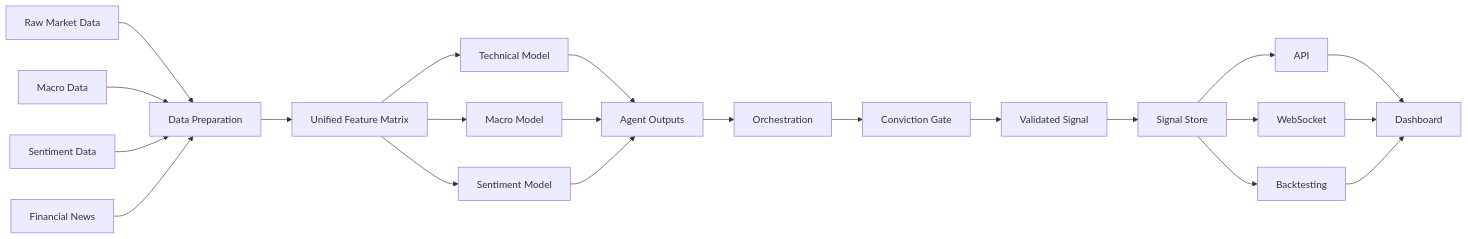
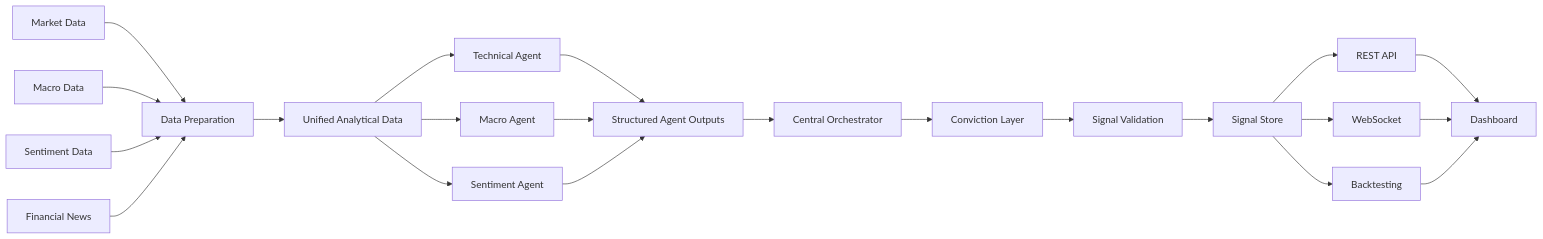
Before and after one commit to sarah-falehh/fx-alphalabs: the diagram in README.md, drawn with Mermaid. The commit also changed other lines of this file, not shown here.

````diff
--- a/README.md
+++ b/README.md
@@ -437,30 +429,34 @@
 ```mermaid
 flowchart LR
-    A[Raw Market Data] --> E[Data Preparation]
+
+    A[Market Data] --> E[Data Preparation]
     B[Macro Data] --> E
     C[Sentiment Data] --> E
     D[Financial News] --> E
 
-    E --> F[Unified Feature Matrix]
+    E --> F[Unified Analytical Data]
 
-    F --> G[Technical Model]
-    F --> H[Macro Model]
-    F --> I[Sentiment Model]
+    F --> G[Technical Agent]
+    F --> H[Macro Agent]
+    F --> I[Sentiment Agent]
 
-    G --> J[Agent Outputs]
+    G --> J[Structured Agent Outputs]
     H --> J
     I --> J
 
-    J --> K[Orchestration]
-    K --> L[Conviction Gate]
-    L --> M[Validated Signal]
+    J --> K[Central Orchestrator]
+
+    K --> L[Conviction Layer]
+
+    L --> M[Signal Validation]
 
     M --> N[Signal Store]
-    N --> O[API]
+
+    N --> O[REST API]
     N --> P[WebSocket]
     N --> Q[Backtesting]
 
     O --> R[Dashboard]
     P --> R
     Q --> R
 ```
````
